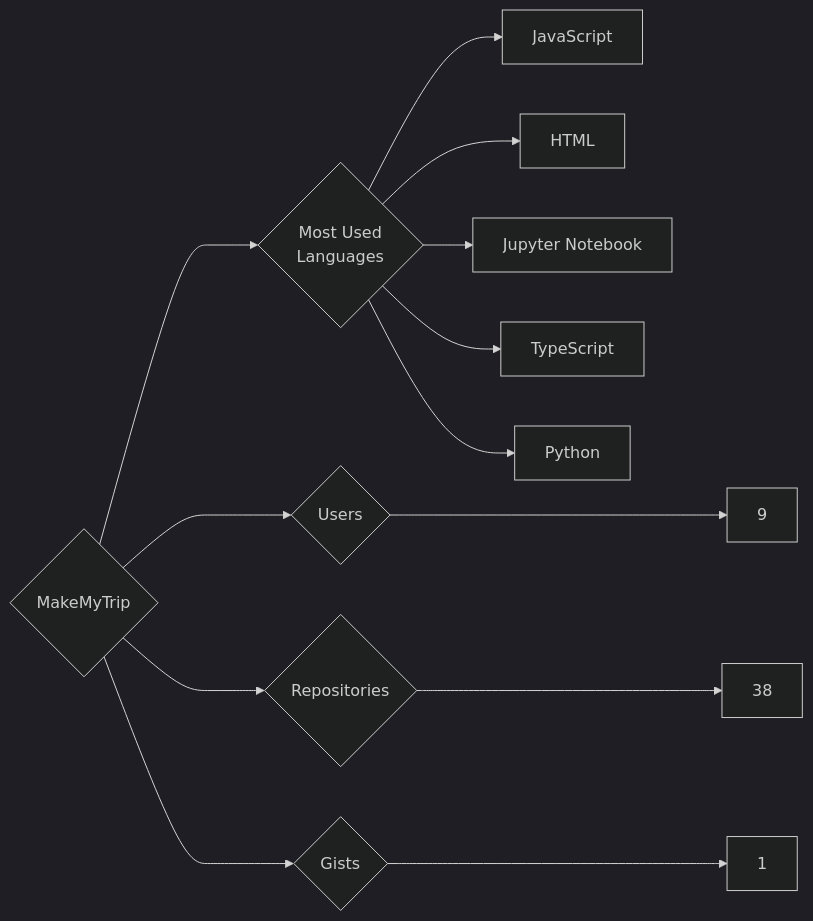
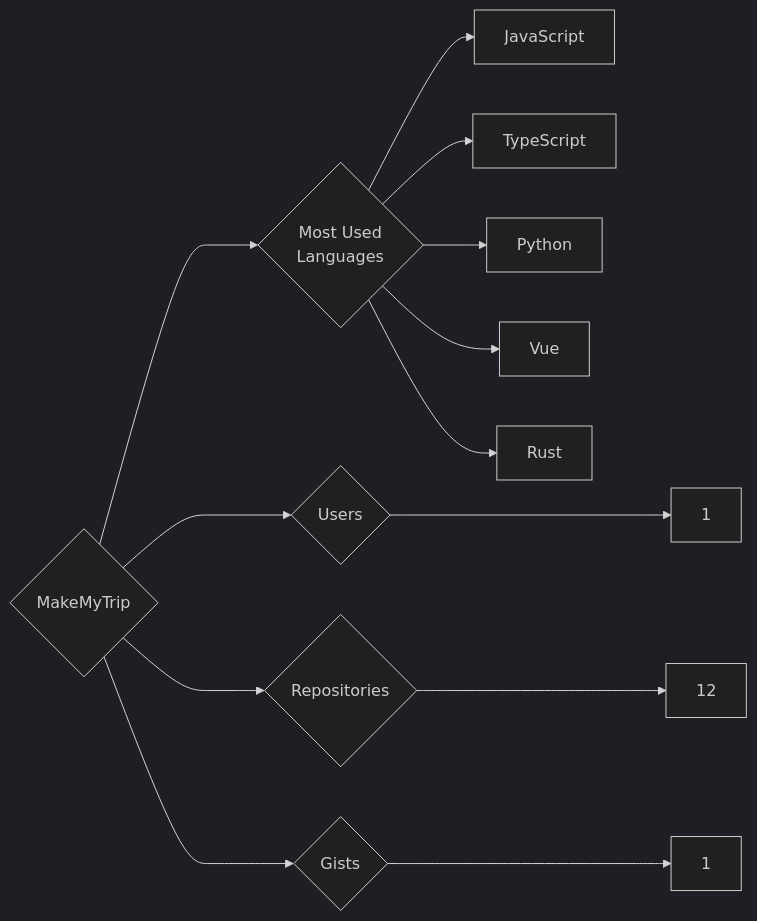
The diagram in targets/MakeMyTrip/README.md (trickest/insiders), drawn with Mermaid (dark theme) before and after one commit. The commit also changed 934 other files, not shown here.

````diff
--- a/targets/MakeMyTrip/README.md
+++ b/targets/MakeMyTrip/README.md
@@ -3,13 +3,13 @@
 ```mermaid
 graph LR
 COMPANY_NAME{MakeMyTrip}
-COMPANY_NAME ---> U{Users} ---> UN[9]
-COMPANY_NAME ---> R{Repositories} ---> RN[38]
+COMPANY_NAME ---> U{Users} ---> UN[1]
+COMPANY_NAME ---> R{Repositories} ---> RN[12]
 COMPANY_NAME ---> G{Gists} ---> GN[1]
 COMPANY_NAME ---> ML{Most Used<br>Languages}
 ML --> JavaScript[JavaScript]
-ML --> HTML[HTML]
-ML --> Jupyter_Notebook[Jupyter Notebook]
 ML --> TypeScript[TypeScript]
 ML --> Python[Python]
+ML --> Vue[Vue]
+ML --> Rust[Rust]
 ```
````
